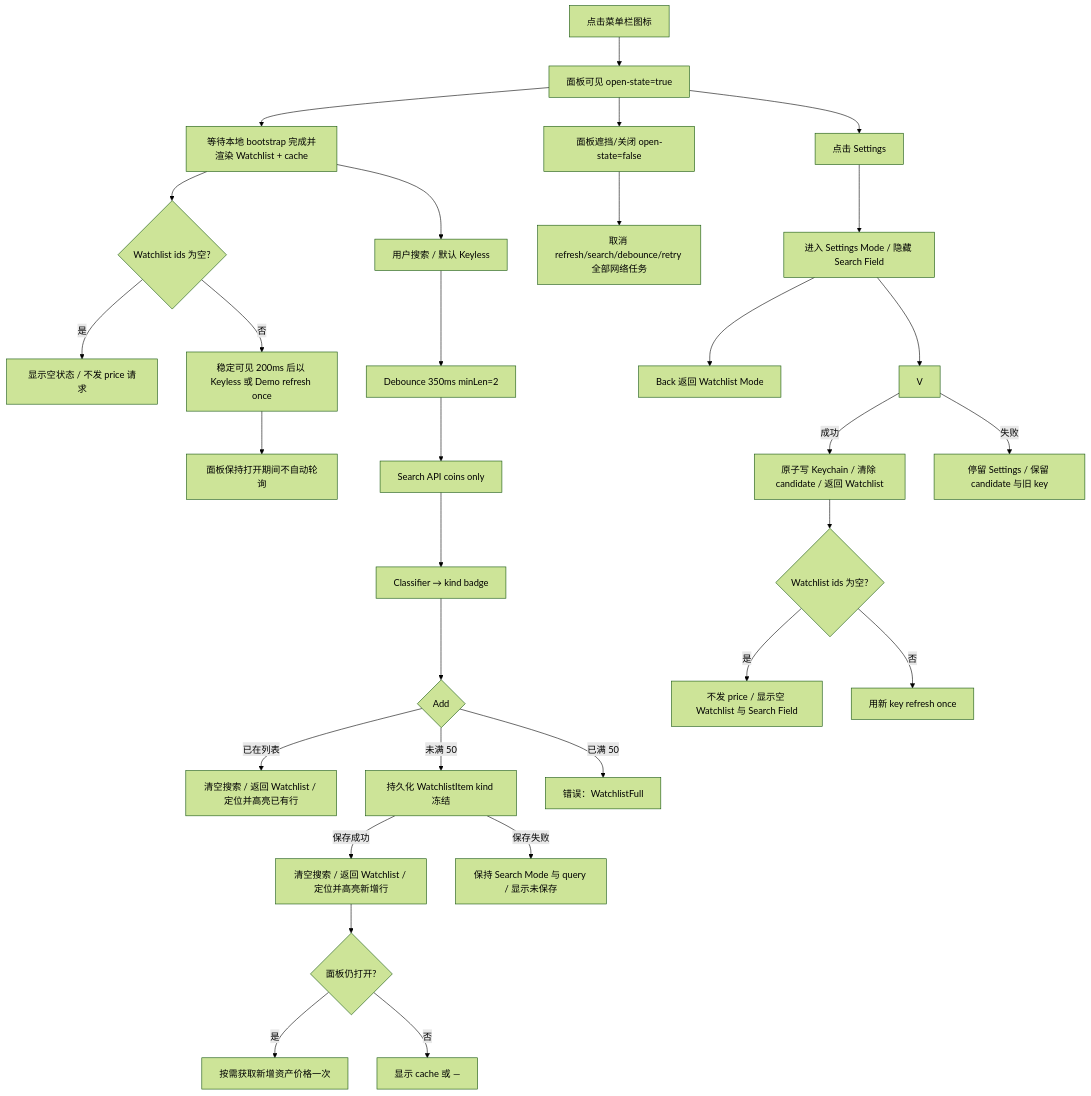
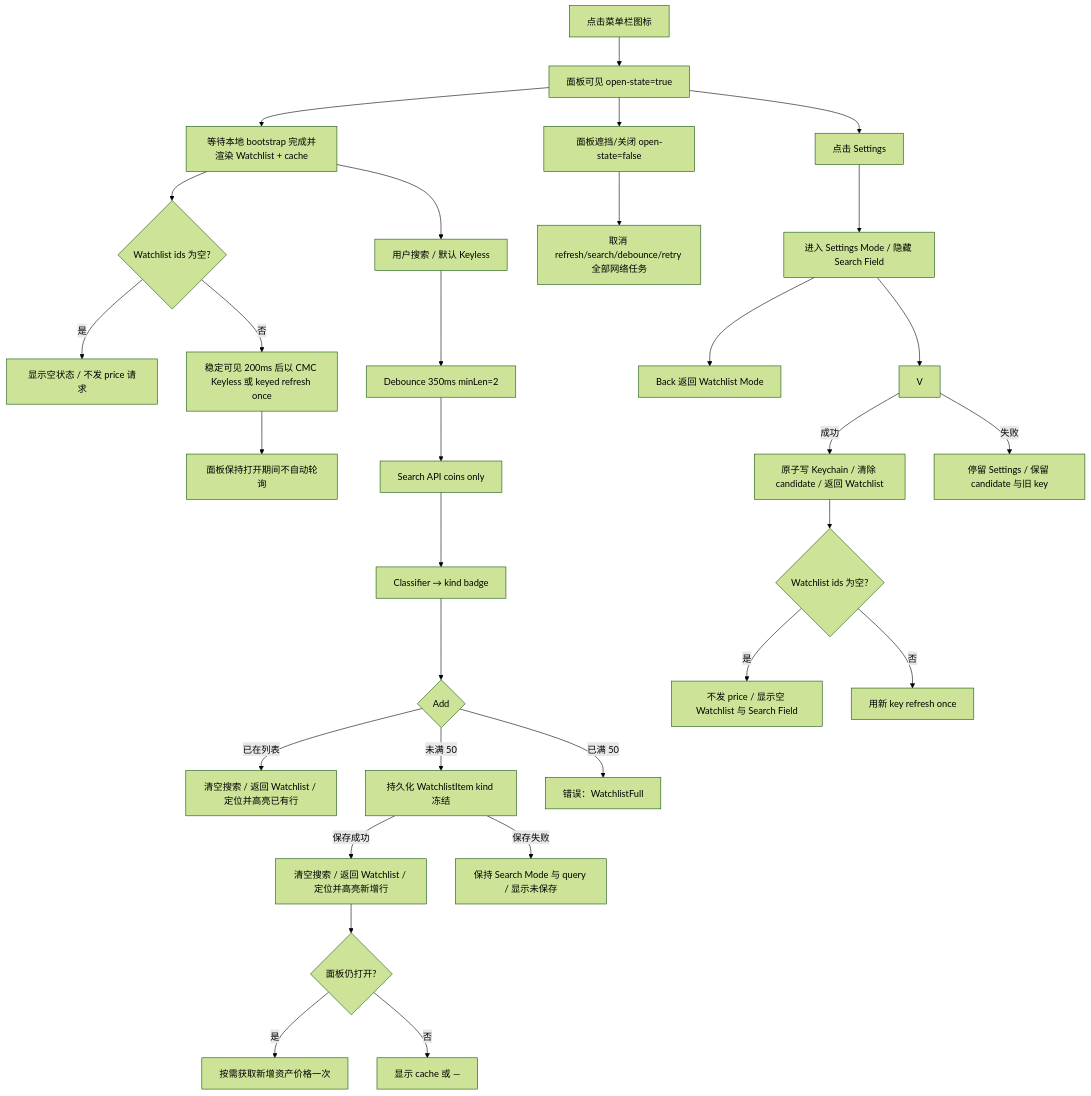
Before and after one commit to YanYuanFE/crypto-lens: the first of 5 diagrams in docs/design/macos-menu-bar-app.md, drawn with Mermaid (forest theme). The commit also changed other lines of this file and 25 other files, not shown here.

````diff
--- a/docs/design/macos-menu-bar-app.md
+++ b/docs/design/macos-menu-bar-app.md
@@ -145,33 +145,33 @@
 ```mermaid
 flowchart TD
   A[点击菜单栏图标] --> B[面板可见 open-state=true]
   B --> C[等待本地 bootstrap 完成并渲染 Watchlist + cache]
   C --> C0{Watchlist ids 为空?}
   C0 -->|是| E0[显示空状态 / 不发 price 请求]
-  C0 -->|否| F[稳定可见 200ms 后以 Keyless 或 Demo refresh once]
+  C0 -->|否| F[稳定可见 200ms 后以 CMC Keyless 或 keyed refresh once]
   F --> G[面板保持打开期间不自动轮询]
   C --> H[用户搜索 / 默认 Keyless]
   H --> I[Debounce 350ms minLen=2]
   I --> J[Search API coins only]
   J --> K[Classifier → kind badge]
   K --> L{Add}
   L -->|已在列表| M[清空搜索 / 返回 Watchlist / 定位并高亮已有行]
   L -->|未满 50| N[持久化 WatchlistItem kind 冻结]
   N -->|保存成功| N0[清空搜索 / 返回 Watchlist / 定位并高亮新增行]
   N -->|保存失败| N4[保持 Search Mode 与 query / 显示未保存]
   N0 --> N1{面板仍打开?}
   N1 -->|是| N2[按需获取新增资产价格一次]
   N1 -->|否| N3[显示 cache 或 —]
   L -->|已满 50| O[错误：WatchlistFull]
   B --> P[面板遮挡/关闭 open-state=false]
   P --> Q[取消 refresh/search/debounce/retry 全部网络任务]
   B --> R[点击 Settings]
   R --> S2[进入 Settings Mode / 隐藏 Search Field]
   S2 --> T2[Back 返回 Watchlist Mode]
   S2 --> V
   V -->|成功| V1[原子写 Keychain / 清除 candidate / 返回 Watchlist]
   V -->|失败| V2[停留 Settings / 保留 candidate 与旧 key]
   V1 --> V3{Watchlist ids 为空?}
   V3 -->|是| V4[不发 price / 显示空 Watchlist 与 Search Field]
   V3 -->|否| V5[用新 key refresh once]
 ```
````
